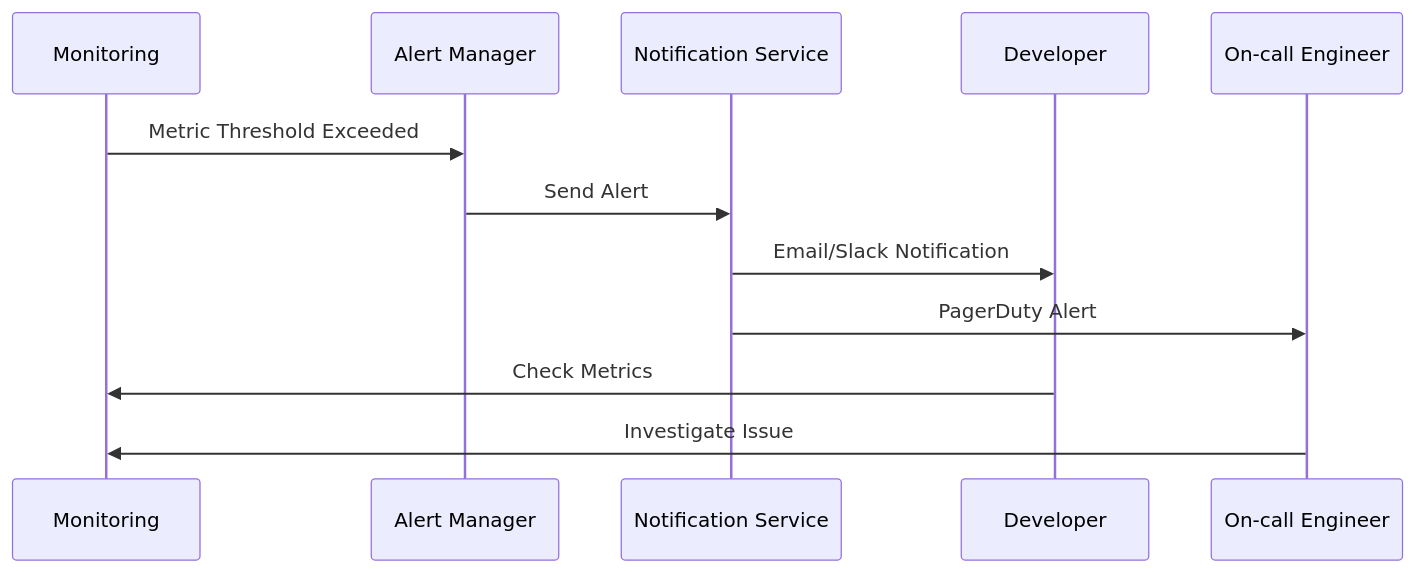
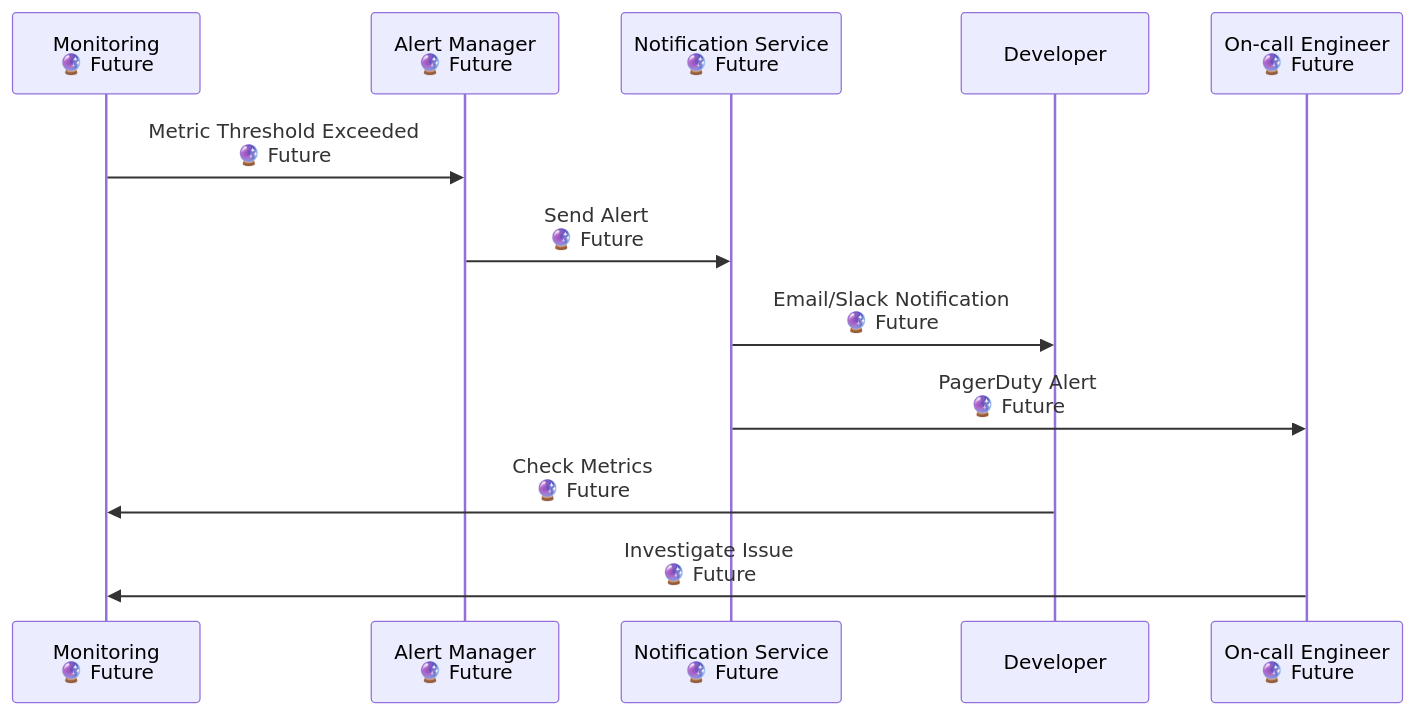
One commit to hashcott/code-challenge changed diagram 15 of 22 in src/problem6/docs/FLOW_DIAGRAM.md. Above: the diagram before and after it, drawn with Mermaid. The commit also changed other lines of this file, not shown here.

Commit message:
docs: update flow

````diff
--- a/src/problem6/docs/FLOW_DIAGRAM.md
+++ b/src/problem6/docs/FLOW_DIAGRAM.md
@@ -321,15 +345,15 @@
 ```mermaid
 sequenceDiagram
-    participant M as Monitoring
-    participant A as Alert Manager
-    participant N as Notification Service
+    participant M as Monitoring<br/>🔮 Future
+    participant A as Alert Manager<br/>🔮 Future
+    participant N as Notification Service<br/>🔮 Future
     participant D as Developer
-    participant O as On-call Engineer
+    participant O as On-call Engineer<br/>🔮 Future
     
-    M->>A: Metric Threshold Exceeded
-    A->>N: Send Alert
-    N->>D: Email/Slack Notification
-    N->>O: PagerDuty Alert
-    D->>M: Check Metrics
-    O->>M: Investigate Issue
+    M->>A: Metric Threshold Exceeded<br/>🔮 Future
+    A->>N: Send Alert<br/>🔮 Future
+    N->>D: Email/Slack Notification<br/>🔮 Future
+    N->>O: PagerDuty Alert<br/>🔮 Future
+    D->>M: Check Metrics<br/>🔮 Future
+    O->>M: Investigate Issue<br/>🔮 Future
 ```
````
